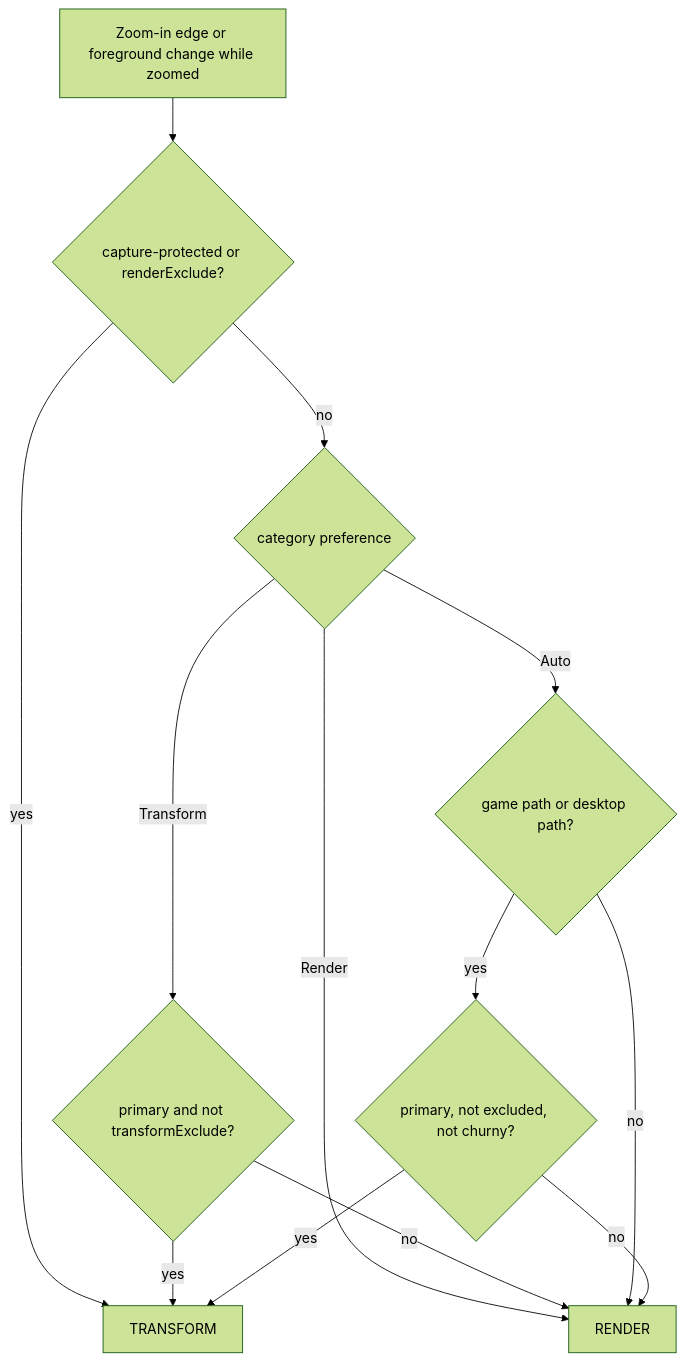
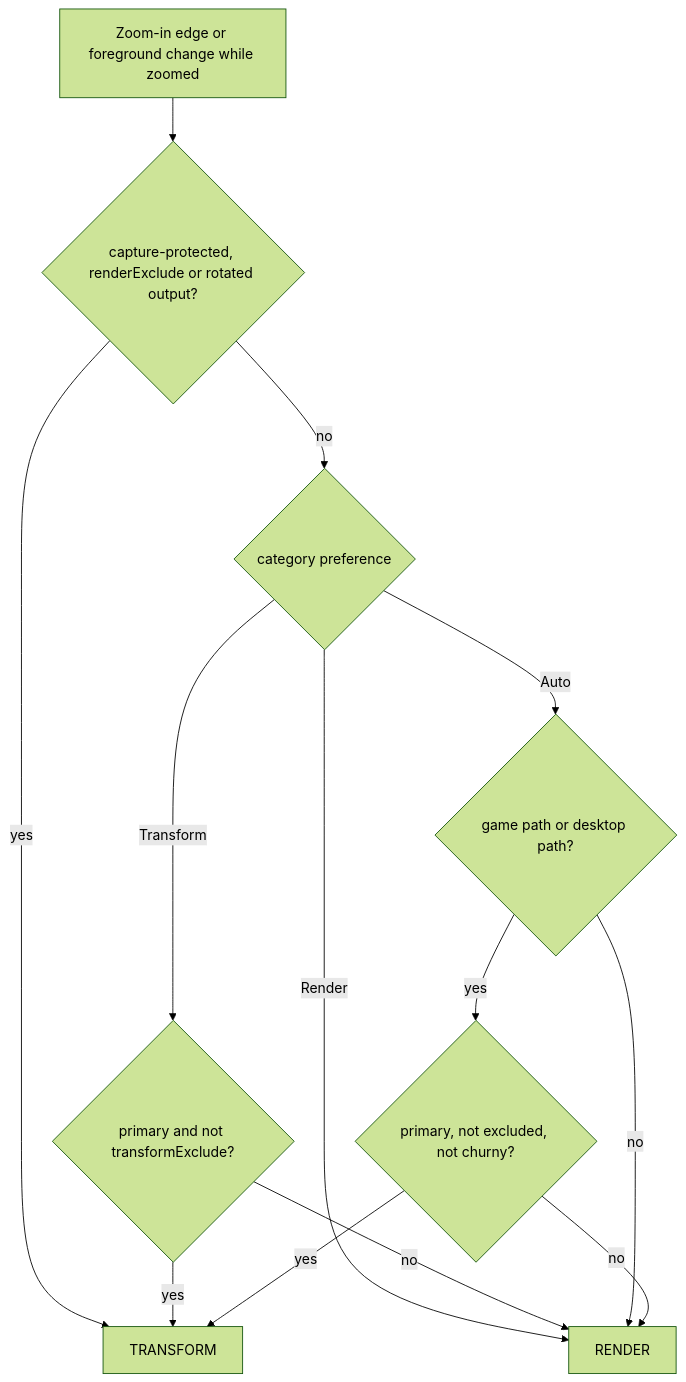
The diagram in docs/architecture/03-engines.md (Maxaubert/Wind), drawn with Mermaid (forest theme) before and after one commit. The commit also changed other lines of this file and 15 other files, not shown here.

````diff
--- a/docs/architecture/03-engines.md
+++ b/docs/architecture/03-engines.md
@@ -72,15 +74,15 @@
 ```mermaid
 flowchart TD
-    A[Zoom-in edge or foreground change while zoomed] --> D{capture-protected or renderExclude?}
+    A[Zoom-in edge or foreground change while zoomed] --> D{capture-protected, renderExclude or rotated output?}
     D -- yes --> T[TRANSFORM]
     D -- no --> PR{category preference}
     PR -- Render --> R[RENDER]
     PR -- Transform --> PX{primary and not transformExclude?}
     PX -- yes --> T
     PX -- no --> R
     PR -- Auto --> B{game path or desktop path?}
     B -- no --> R
     B -- yes --> P{primary, not excluded, not churny?}
     P -- yes --> T
     P -- no --> R
 ```
````
